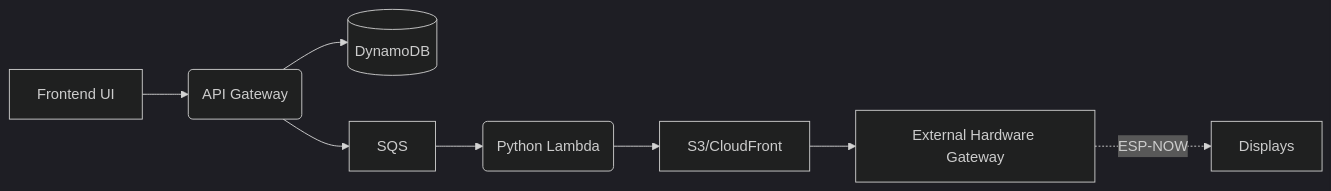
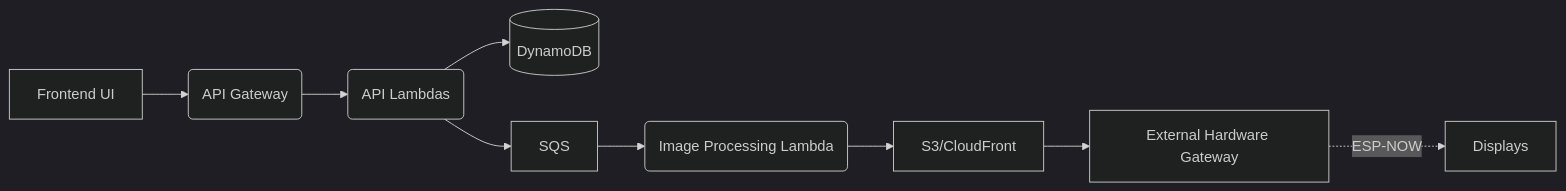
The diagram in AGENTS.md (stuart-c/esp32-poster-backend), drawn with Mermaid (dark theme) before and after one commit. The commit also changed other lines of this file, not shown here.

Commit message:
docs: Update system architecture diagram with API Lambdas

````diff
--- a/AGENTS.md
+++ b/AGENTS.md
@@ -9,10 +9,11 @@
 ```mermaid
 flowchart LR
     A[Frontend UI] --> B(API Gateway)
-    B --> C[(DynamoDB)]
-    B --> D[SQS]
-    D --> E(Python Lambda)
-    E --> F[S3/CloudFront]
-    F --> G[External Hardware Gateway]
-    G -. ESP-NOW .-> H[Displays]
+    B --> C(API Lambdas)
+    C --> D[(DynamoDB)]
+    C --> E[SQS]
+    E --> F(Image Processing Lambda)
+    F --> G[S3/CloudFront]
+    G --> H[External Hardware Gateway]
+    H -. ESP-NOW .-> I[Displays]
 ```
````
